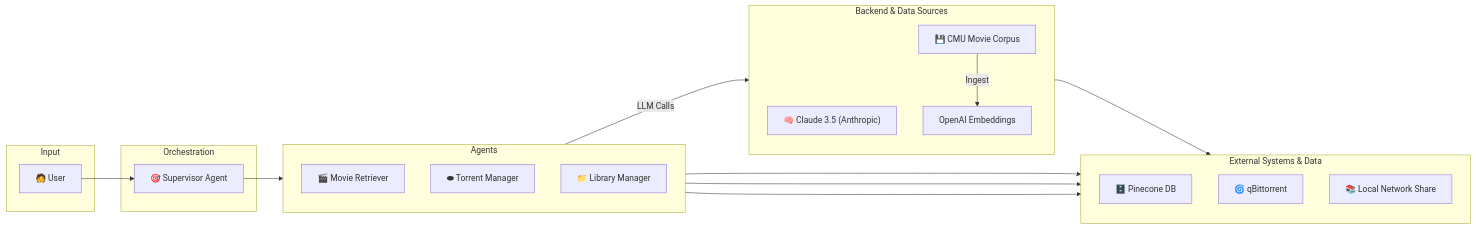
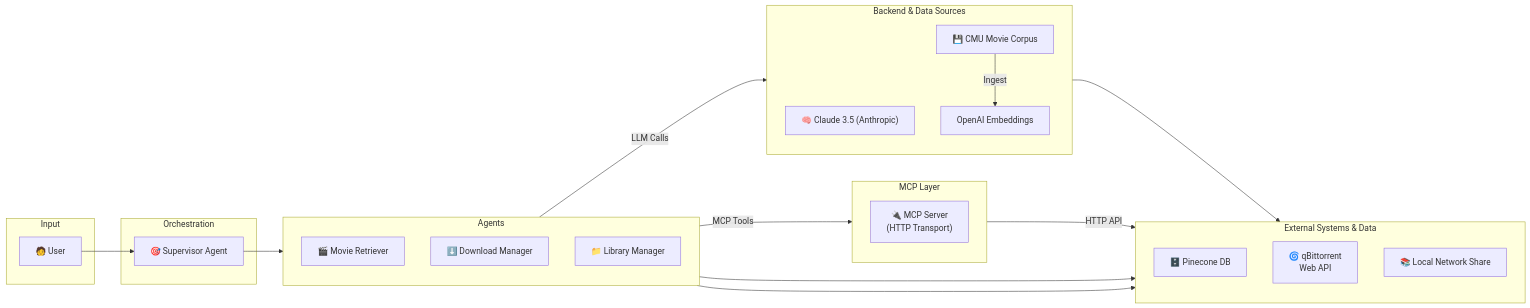
Before and after one commit to elisarchod/turtle_app: the first of 4 diagrams in README.md, drawn with Mermaid.

Commit message:
new memaid

````diff
--- a/README.md
+++ b/README.md
@@ -21,44 +21,50 @@
 ```mermaid
 graph LR
     %% Define Groups
     subgraph Input
         User["🧑 User"]
     end
 
     subgraph Orchestration
         Supervisor["🎯 Supervisor Agent"]
     end
 
     subgraph Agents
         direction TB
         MovieRetriever["🎬 Movie Retriever"]
-        TorrentManager["⬬ Torrent Manager"]
+        DownloadManager["⬇️ Download Manager"]
         LibraryManager["📁 Library Manager"]
     end
-    
+
+    subgraph MCP["MCP Layer"]
+        direction TB
+        MCPServer["🔌 MCP Server<br/>(HTTP Transport)"]
+    end
+
     subgraph ExternalSystems["External Systems & Data"]
         direction TB
         PineconeDB["🗄️ Pinecone DB"]
-        QBittorrent["🌀 qBittorrent"]
+        QBittorrent["🌀 qBittorrent<br/>Web API"]
         NetworkShare["📚 Local Network Share"]
     end
-    
+
     subgraph BackendServices["Backend & Data Sources"]
         direction TB
         LLM["🧠 Claude 3.5 (Anthropic)"]
         Embeddings["OpenAI Embeddings"]
         CMUCorpus["💾 CMU Movie Corpus"]
     end
 
     %% Define Flow
     User --> Supervisor --> Agents
-    
+
     Agents -- "LLM Calls" --> LLM
-    
+
     MovieRetriever --> PineconeDB
-    TorrentManager --> QBittorrent
+    DownloadManager -- "MCP Tools" --> MCPServer
+    MCPServer -- "HTTP API" --> QBittorrent
     LibraryManager --> NetworkShare
-    
+
     CMUCorpus -- "Ingest" --> Embeddings --> PineconeDB
 
 ```
````
